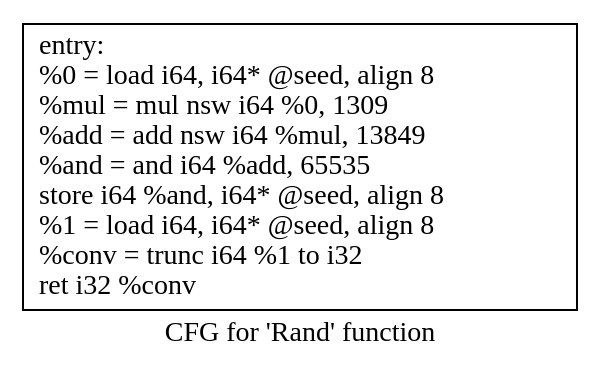
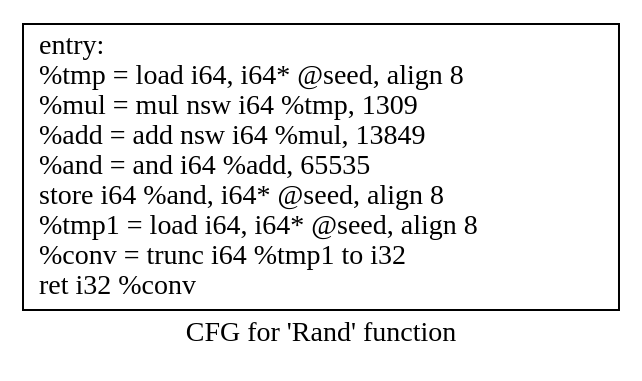
One commit to canesche/cfgPrinter changed the diagram in .Rand.dot. Above: the diagram before and after it, drawn with Graphviz. The commit also changed 116 other files, not shown here.

```diff
--- a/.Rand.dot
+++ b/.Rand.dot
@@ -1,5 +1,5 @@
 digraph "CFG for 'Rand' function" {
 	label="CFG for 'Rand' function";
 
-	Node0x9b9be0 [shape=record,label="{entry:\l  %0 = load i64, i64* @seed, align 8\l  %mul = mul nsw i64 %0, 1309\l  %add = add nsw i64 %mul, 13849\l  %and = and i64 %add, 65535\l  store i64 %and, i64* @seed, align 8\l  %1 = load i64, i64* @seed, align 8\l  %conv = trunc i64 %1 to i32\l  ret i32 %conv\l}"];
+	Node0x18a6c80 [shape=record,label="{entry:\l  %tmp = load i64, i64* @seed, align 8\l  %mul = mul nsw i64 %tmp, 1309\l  %add = add nsw i64 %mul, 13849\l  %and = and i64 %add, 65535\l  store i64 %and, i64* @seed, align 8\l  %tmp1 = load i64, i64* @seed, align 8\l  %conv = trunc i64 %tmp1 to i32\l  ret i32 %conv\l}"];
 }
```
